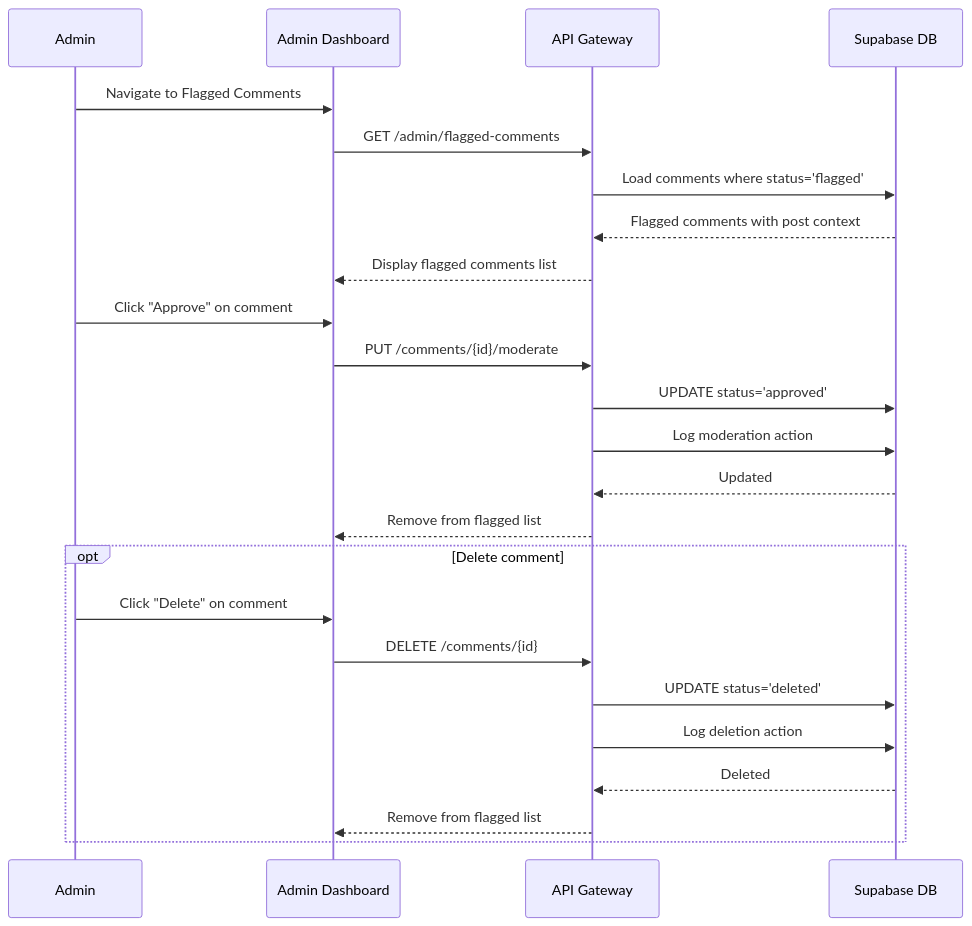
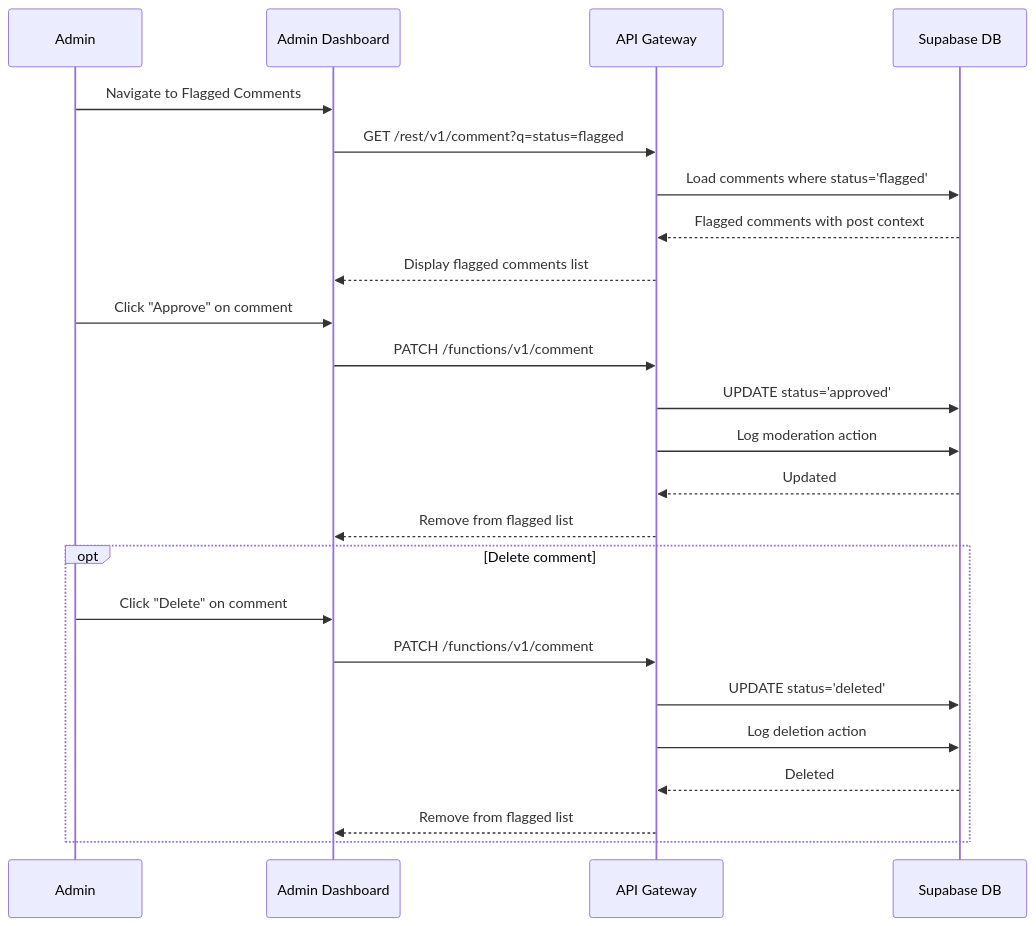
Before and after one commit to jkjan/nowhereland: the fifth of 6 diagrams in prd/05-comment-management.md, drawn with Mermaid. The commit also changed other lines of this file and 18 other files, not shown here.

````diff
--- a/prd/05-comment-management.md
+++ b/prd/05-comment-management.md
@@ -375,29 +360,29 @@
 ```mermaid
 sequenceDiagram
     participant A as Admin
     participant UI as Admin Dashboard
     participant API as API Gateway
     participant DB as Supabase DB
     
     A->>UI: Navigate to Flagged Comments
-    UI->>API: GET /admin/flagged-comments
+    UI->>API: GET /rest/v1/comment?q=status=flagged
     API->>DB: Load comments where status='flagged'
     DB-->>API: Flagged comments with post context
     API-->>UI: Display flagged comments list
     
     A->>UI: Click "Approve" on comment
-    UI->>API: PUT /comments/{id}/moderate
+    UI->>API: PATCH /functions/v1/comment
     API->>DB: UPDATE status='approved'
     API->>DB: Log moderation action
     DB-->>API: Updated
     API-->>UI: Remove from flagged list
     
     opt Delete comment
         A->>UI: Click "Delete" on comment
-        UI->>API: DELETE /comments/{id}
+        UI->>API: PATCH /functions/v1/comment
         API->>DB: UPDATE status='deleted'
         API->>DB: Log deletion action
         DB-->>API: Deleted
         API-->>UI: Remove from flagged list
     end
 ```
````
